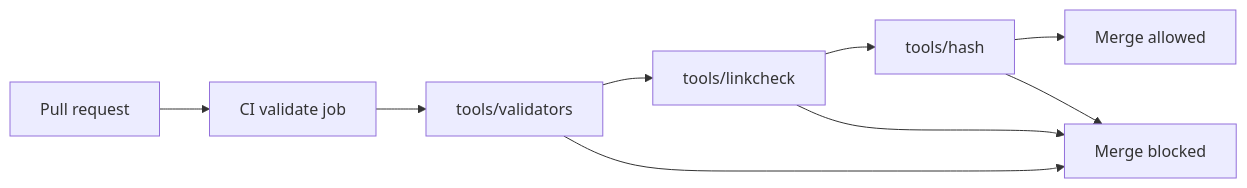
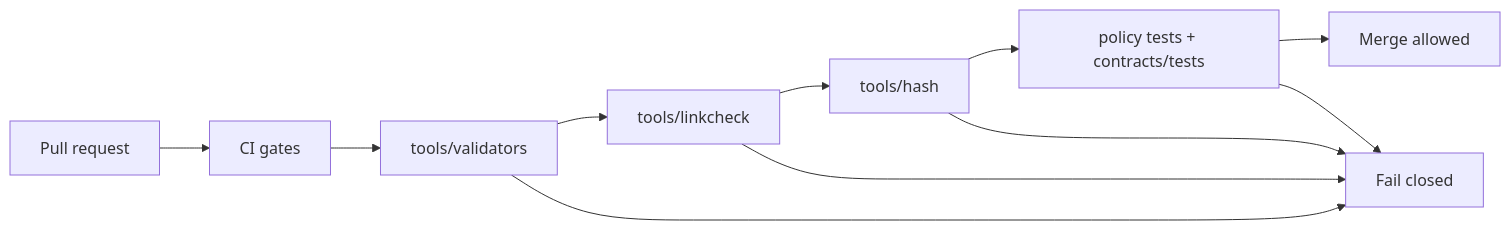
The diagram in tools/README.md (bartytime4life/Kansas-Frontier-Matrix), drawn with Mermaid before and after one commit. The commit also changed other lines of this file, not shown here.

````diff
--- a/tools/README.md
+++ b/tools/README.md
@@ -92,12 +195,14 @@
 ```mermaid
 flowchart LR
-  PR[Pull request] --> CI[CI validate job]
+  PR[Pull request] --> CI[CI gates]
   CI --> V[tools/validators]
   V --> L[tools/linkcheck]
   L --> H[tools/hash]
-  H --> OK[Merge allowed]
+  H --> P[policy tests + contracts/tests]
+  P --> OK[Merge allowed]
 
-  V --> BLOCK[Merge blocked]
+  V --> BLOCK[Fail closed]
   L --> BLOCK
   H --> BLOCK
+  P --> BLOCK
 ```
````
